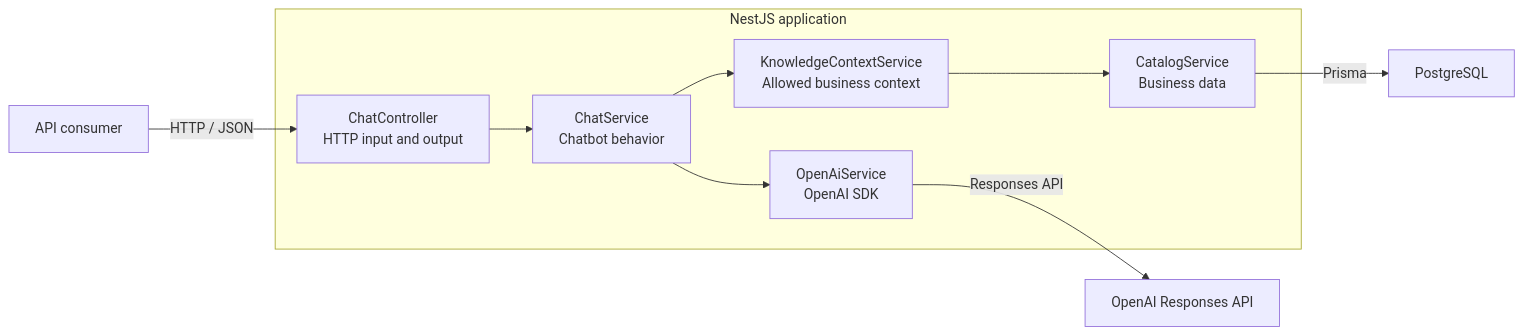
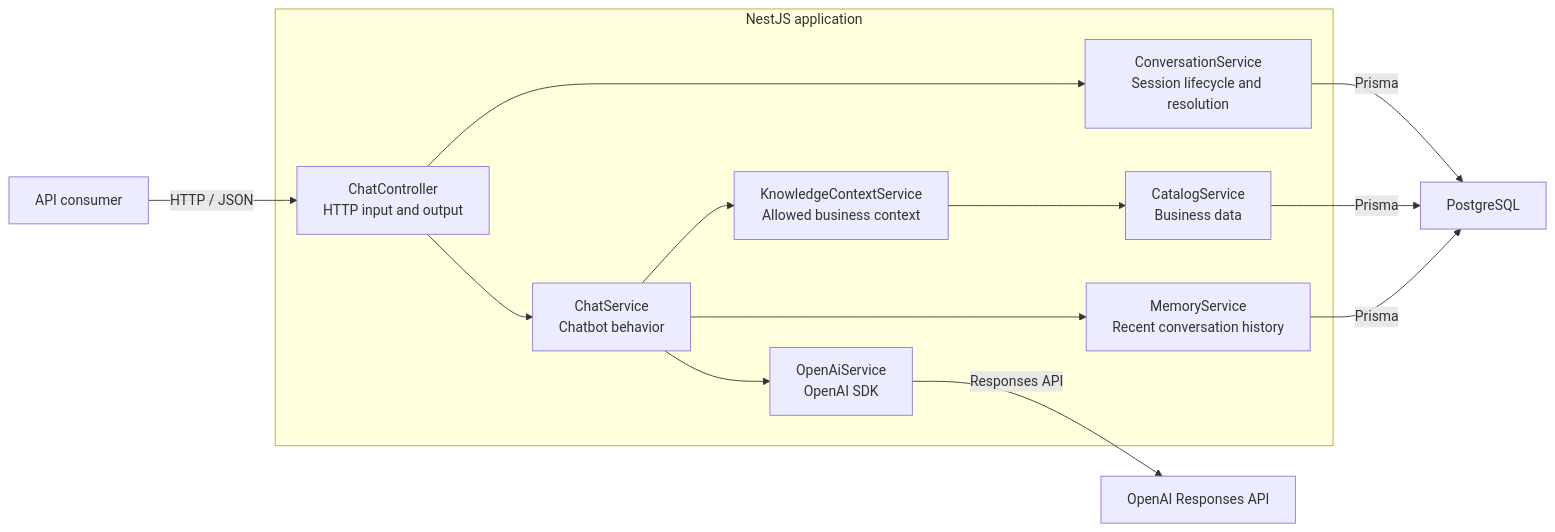
One commit to juanjosechiroque/nestjs-multichannel-ai-chatbot-engine changed the diagram in ARCHITECTURE.md. Above: the diagram before and after it, drawn with Mermaid. The commit also changed other lines of this file and 20 other files, not shown here.

````diff
--- a/ARCHITECTURE.md
+++ b/ARCHITECTURE.md
@@ -16,22 +19,28 @@
 ```mermaid
 flowchart LR
     client["API consumer"]
 
     subgraph app["NestJS application"]
         controller["ChatController<br/>HTTP input and output"]
+        conversation["ConversationService<br/>Session lifecycle and resolution"]
         chat["ChatService<br/>Chatbot behavior"]
         knowledge["KnowledgeContextService<br/>Allowed business context"]
         catalog["CatalogService<br/>Business data"]
+        memory["MemoryService<br/>Recent conversation history"]
         provider["OpenAiService<br/>OpenAI SDK"]
 
+        controller --> conversation
         controller --> chat --> provider
         chat --> knowledge --> catalog
+        chat --> memory
     end
 
     openai["OpenAI Responses API"]
     postgres["PostgreSQL"]
 
     client -->|"HTTP / JSON"| controller
     provider -->|"Responses API"| openai
+    conversation -->|"Prisma"| postgres
     catalog -->|"Prisma"| postgres
+    memory -->|"Prisma"| postgres
 ```
````
